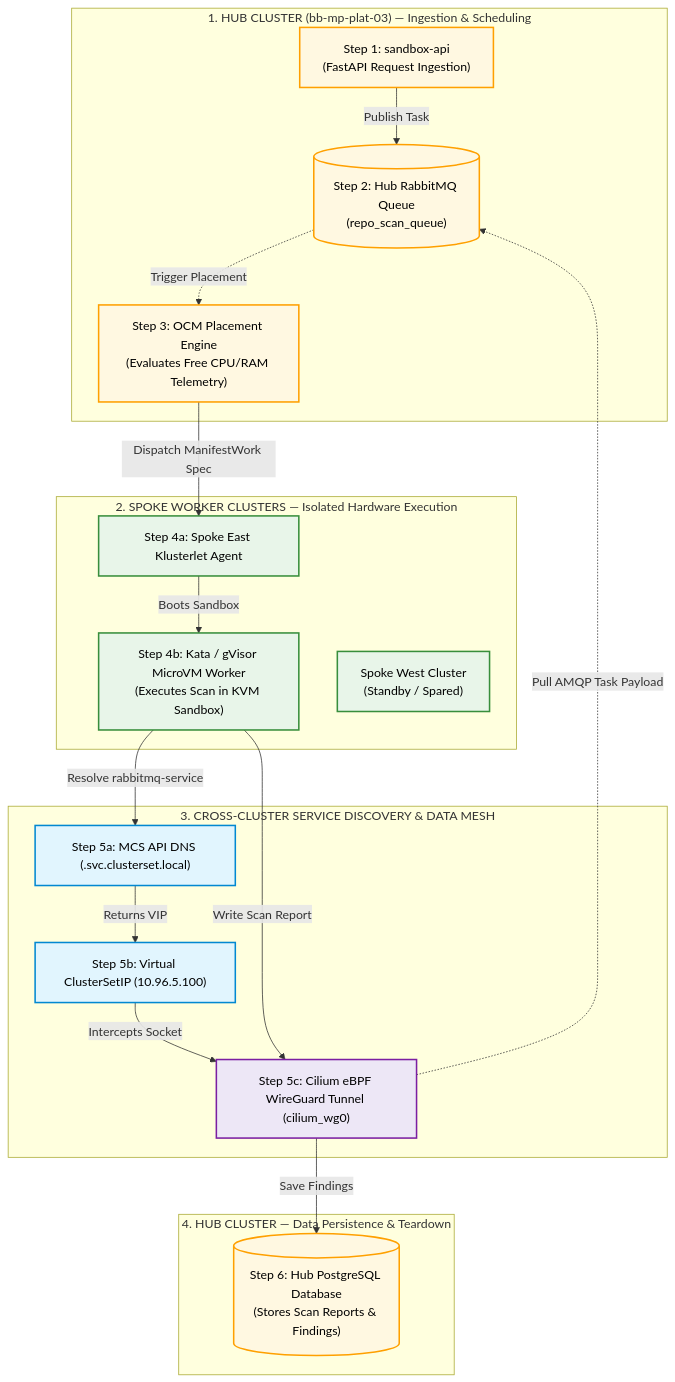
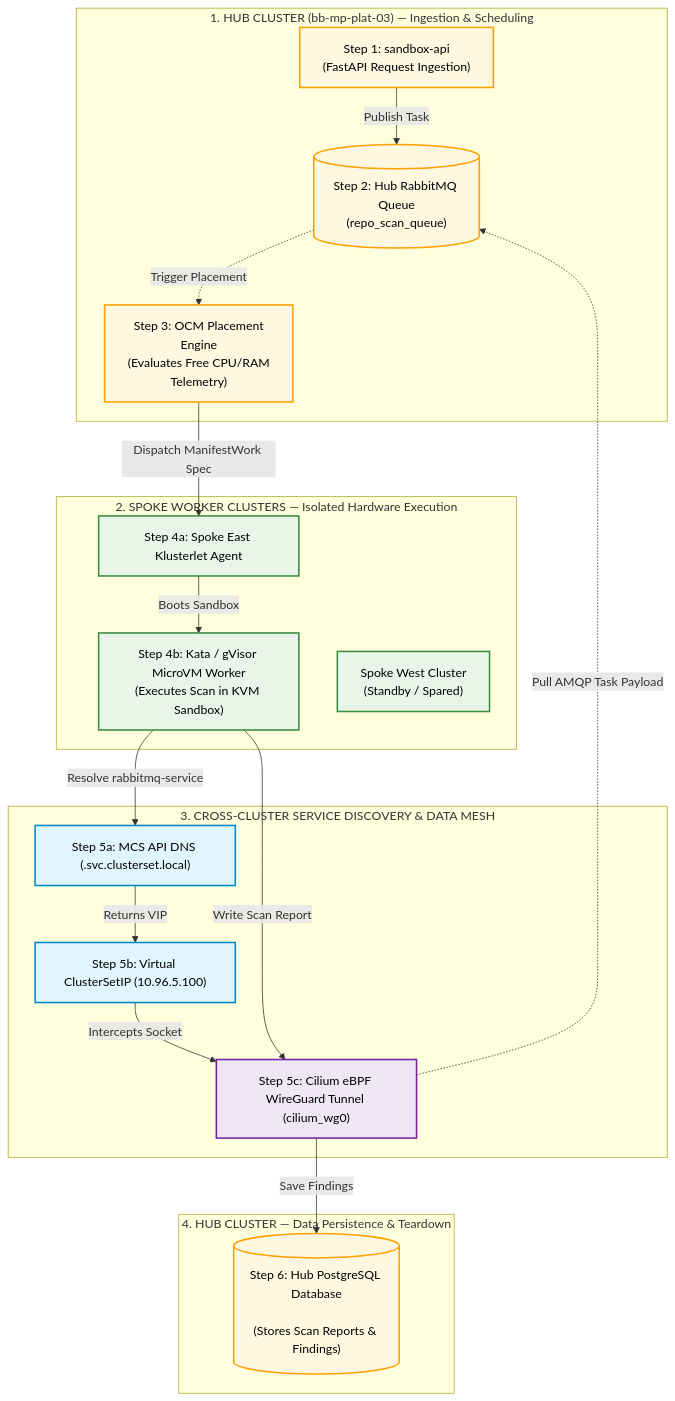
Before and after one commit to 01cloud/01-Sandbox: the second of 2 diagrams in docs/multi-cluster/updated-multi-cluster-architecture-and-ha-strategy.md, drawn with Mermaid. The commit also changed other lines of this file, not shown here.

````diff
--- a/docs/multi-cluster/updated-multi-cluster-architecture-and-ha-strategy.md
+++ b/docs/multi-cluster/updated-multi-cluster-architecture-and-ha-strategy.md
@@ -24,65 +250,70 @@
 ```mermaid
 flowchart TD
     %% Node Styling Classes
     classDef hubNode fill:#FFF8E1,stroke:#FFA000,stroke-width:2px,color:#000;
     classDef spokeNode fill:#E8F5E9,stroke:#388E3C,stroke-width:2px,color:#000;
     classDef mcsNode fill:#E1F5FE,stroke:#0288D1,stroke-width:2px,color:#000;
     classDef meshNode fill:#EDE7F6,stroke:#7B1FA2,stroke-width:2px,color:#000;
 
     %% ------------------------------------------------───────────
     %% STAGE 1: INGESTION & SCHEDULING (HUB)
     %% ------------------------------------------------───────────
     subgraph HUB_INGRESS ["1. HUB CLUSTER (bb-mp-plat-03) — Ingestion & Scheduling"]
         API["Step 1: sandbox-api<br/>(FastAPI Request Ingestion)"]
         RMQ[("Step 2: Hub RabbitMQ Queue<br/>(repo_scan_queue)")]
-        OCM["Step 3: OCM Placement Engine<br/>(Evaluates Free CPU/RAM Telemetry)"]
+        OCM["Step 3: OCM Placement
+        Engine<br/>(Evaluates Free CPU/RAM
+        Telemetry)"]
 
         API -->|Publish Task| RMQ
         RMQ -.->|Trigger Placement| OCM
     end
 
     %% ------------------------------------------------───────────
     %% STAGE 2: WORKER PROVISIONING (SPOKE)
     %% ------------------------------------------------───────────
     subgraph SPOKE_LAYER ["2. SPOKE WORKER CLUSTERS — Isolated Hardware Execution"]
         KLUSTERLET["Step 4a: Spoke East Klusterlet Agent"]
         WORKER_E["Step 4b: Kata / gVisor MicroVM Worker<br/>(Executes Scan in KVM Sandbox)"]
         IDLE_W["Spoke West Cluster<br/>(Standby / Spared)"]
 
         KLUSTERLET -->|Boots Sandbox| WORKER_E
     end
 
     %% ------------------------------------------------───────────
     %% STAGE 3: SERVICE DISCOVERY & CONNECTIVITY
     %% ------------------------------------------------───────────
     subgraph MESH_LAYER ["3. CROSS-CLUSTER SERVICE DISCOVERY & DATA MESH"]
         MCS_DNS["Step 5a: MCS API DNS (.svc.clusterset.local)"]
         VIP_IP["Step 5b: Virtual ClusterSetIP (10.96.5.100)"]
         EBPF_TUNNEL["Step 5c: Cilium eBPF WireGuard Tunnel (cilium_wg0)"]
 
         MCS_DNS -->|Returns VIP| VIP_IP
         VIP_IP -->|Intercepts Socket| EBPF_TUNNEL
     end
 
     %% ------------------------------------------------───────────
     %% STAGE 4: PERSISTENCE (HUB RESULT STORE)
     %% ------------------------------------------------───────────
     subgraph HUB_STORE ["4. HUB CLUSTER — Data Persistence & Teardown"]
-        DB[("Step 6: Hub PostgreSQL Database<br/>(Stores Scan Reports & Findings)")]
+        DB[("Step 6: Hub PostgreSQL Database
+        <br/>(Stores Scan Reports & Findings)")]
     end
 
     %% ------------------------------------------------───────────
     %% DOWNWARD ARROWS ONLY (STRICT RANK ORDERING)
     %% ------------------------------------------------───────────
     OCM -->|Dispatch ManifestWork Spec| KLUSTERLET
+
+
     WORKER_E -->|Resolve rabbitmq-service| MCS_DNS
     EBPF_TUNNEL -.->|Pull AMQP Task Payload| RMQ
     WORKER_E -->|Write Scan Report| EBPF_TUNNEL
     EBPF_TUNNEL -->|Save Findings| DB
 
     %% Apply Styles
     class API,RMQ,OCM,DB hubNode;
     class KLUSTERLET,WORKER_E,IDLE_W spokeNode;
     class MCS_DNS,VIP_IP mcsNode;
     class EBPF_TUNNEL meshNode;
 ```
````
